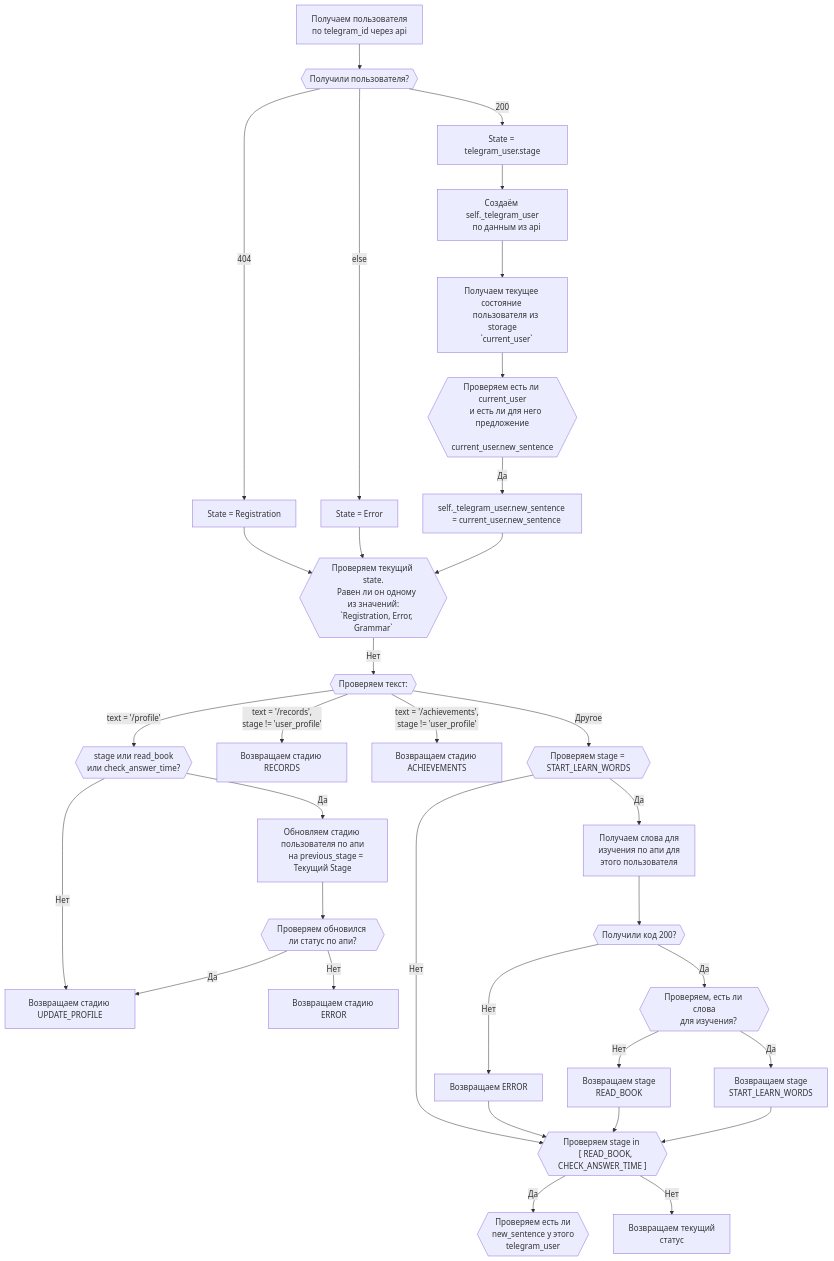
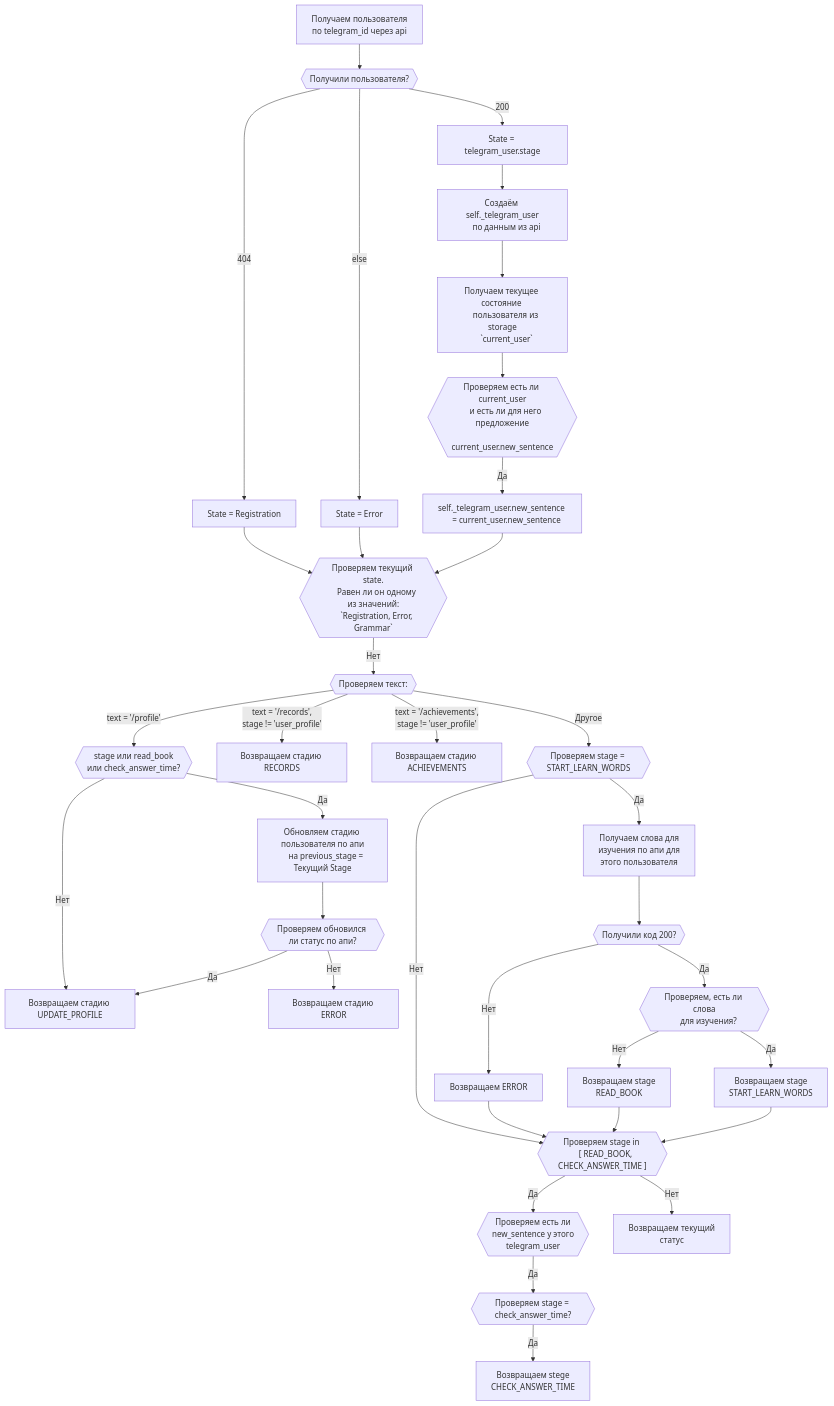
One commit to psgaiduk/learning_en_telegram_bot changed the diagram in documentation/middlewears_set_state.md. Above: the diagram before and after it, drawn with Mermaid.

Commit message:
docs(documentation): add return check answer time in middlewears_set_state

````diff
--- a/documentation/middlewears_set_state.md
+++ b/documentation/middlewears_set_state.md
@@ -95,5 +95,12 @@
     Возвращаем текущий
     статус
     ]
+    check_new_sentence --> |Да| check_stage_after_new_sentence_is_time{{
+    Проверяем stage = check_answer_time?
+    }}
+    check_stage_after_new_sentence_is_time --> |Да| return_check_answer_time[
+    Возвращаем stege
+    CHECK_ANSWER_TIME
+    ]
     
 ```
````
